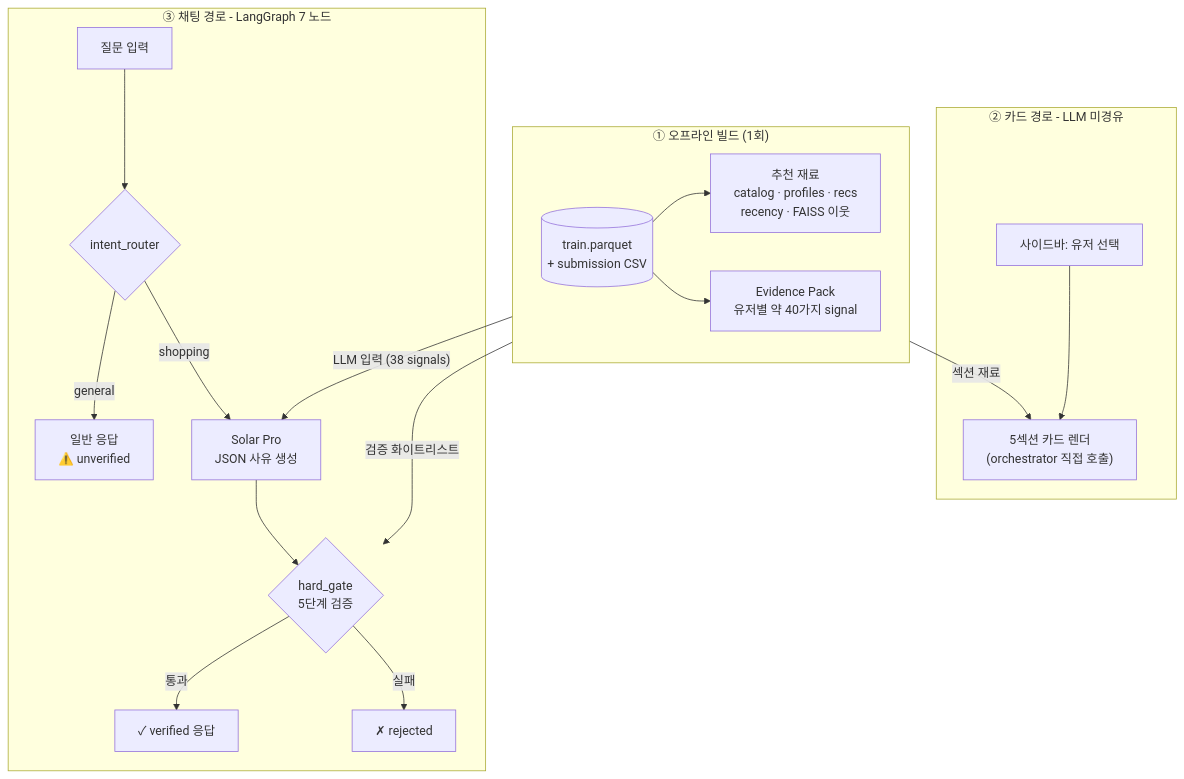
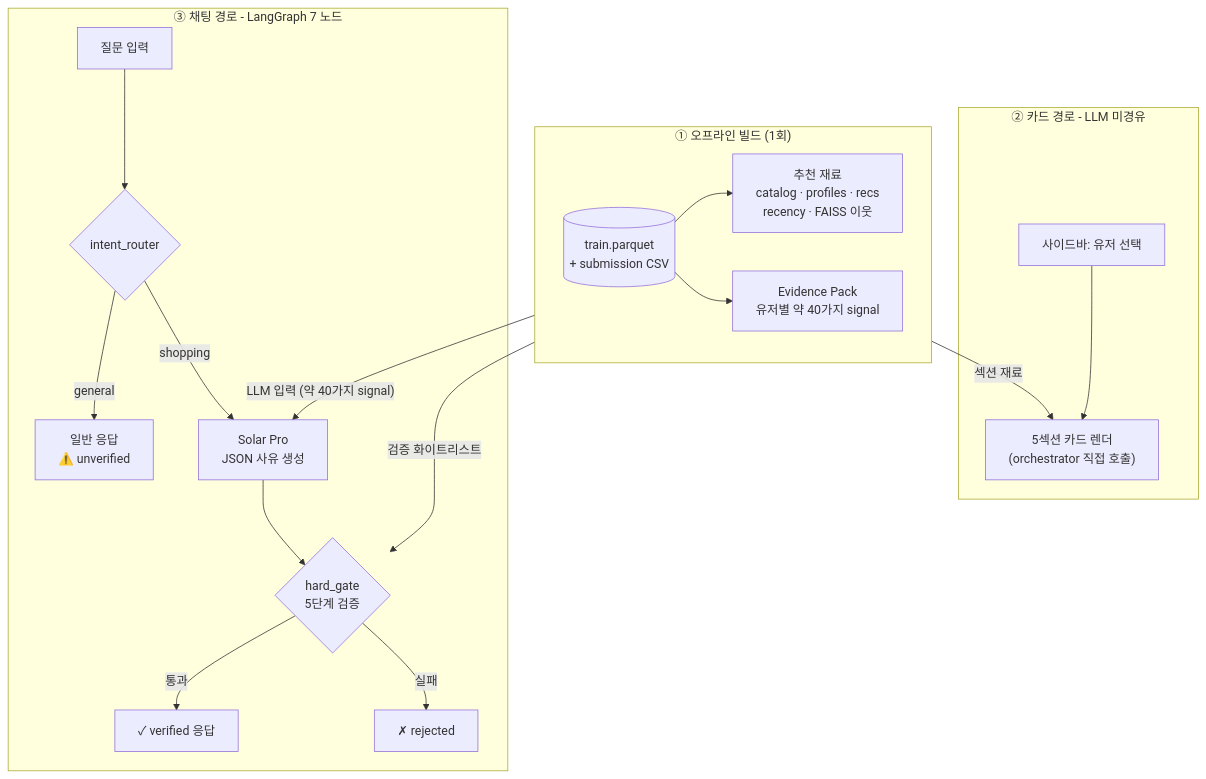
The first of 2 diagrams in service/README_mvp.md (yoon-chung/recsys-commerce), drawn with Mermaid before and after one commit. The commit also changed other lines of this file, not shown here.

````diff
--- a/service/README_mvp.md
+++ b/service/README_mvp.md
@@ -73,26 +73,26 @@
 ```mermaid
 flowchart TB
   subgraph offline ["① 오프라인 빌드 (1회)"]
     direction LR
     SRC[("train.parquet<br/>+ submission CSV")]
     SRC --> A1["추천 재료<br/>catalog · profiles · recs<br/>recency · FAISS 이웃"]
     SRC --> A2["Evidence Pack<br/>유저별 약 40가지 signal"]
   end
 
   subgraph cards ["② 카드 경로 - LLM 미경유"]
     SEL["사이드바: 유저 선택"] --> CARDS["5섹션 카드 렌더<br/>(orchestrator 직접 호출)"]
   end
 
   subgraph chat ["③ 채팅 경로 - LangGraph 7 노드"]
     Q["질문 입력"] --> RT{"intent_router"}
     RT -->|general| GEN["일반 응답<br/>⚠️ unverified"]
     RT -->|shopping| LLM["Solar Pro<br/>JSON 사유 생성"]
     LLM --> GATE{"hard_gate<br/>5단계 검증"}
     GATE -->|통과| OK["✓ verified 응답"]
     GATE -->|실패| BAD["✗ rejected"]
   end
 
   A1 -->|"섹션 재료"| CARDS
-  A2 -->|"LLM 입력 (38 signals)"| LLM
+  A2 -->|"LLM 입력 (약 40가지 signal)"| LLM
   A2 -->|"검증 화이트리스트"| GATE
 ```
````
